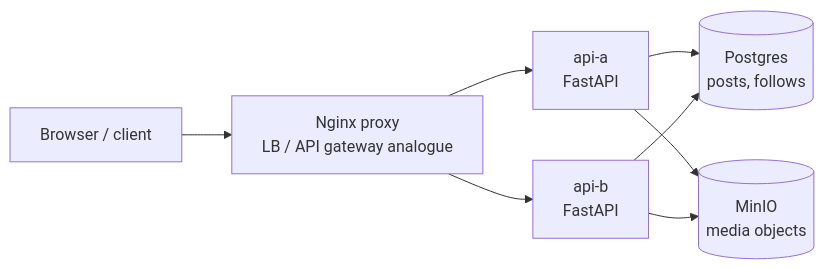
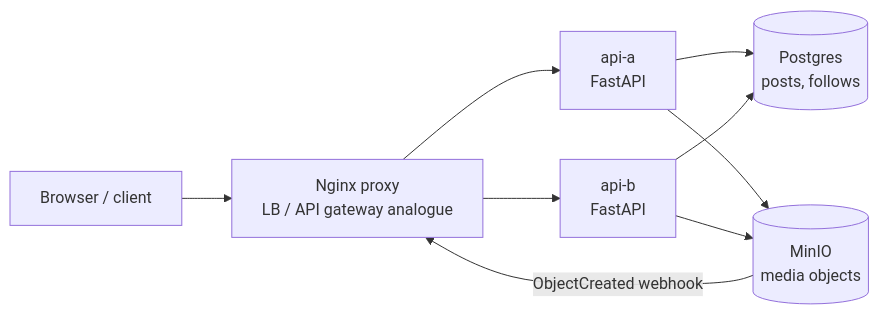
Before and after one commit to kmjayadeep/system-design-working-examples: the diagram in examples/instagram/README.md, drawn with Mermaid. The commit also changed other lines of this file and 12 other files, not shown here.

````diff
--- a/examples/instagram/README.md
+++ b/examples/instagram/README.md
@@ -31,10 +32,11 @@
 ```mermaid
 flowchart LR
     Browser[Browser / client] --> Proxy[Nginx proxy<br/>LB / API gateway analogue]
     Proxy --> ApiA[api-a<br/>FastAPI]
     Proxy --> ApiB[api-b<br/>FastAPI]
     ApiA --> Pg[(Postgres<br/>posts, follows)]
     ApiB --> Pg
     ApiA --> MinIO[(MinIO<br/>media objects)]
     ApiB --> MinIO
+    MinIO -- "ObjectCreated webhook" --> Proxy
 ```
````
